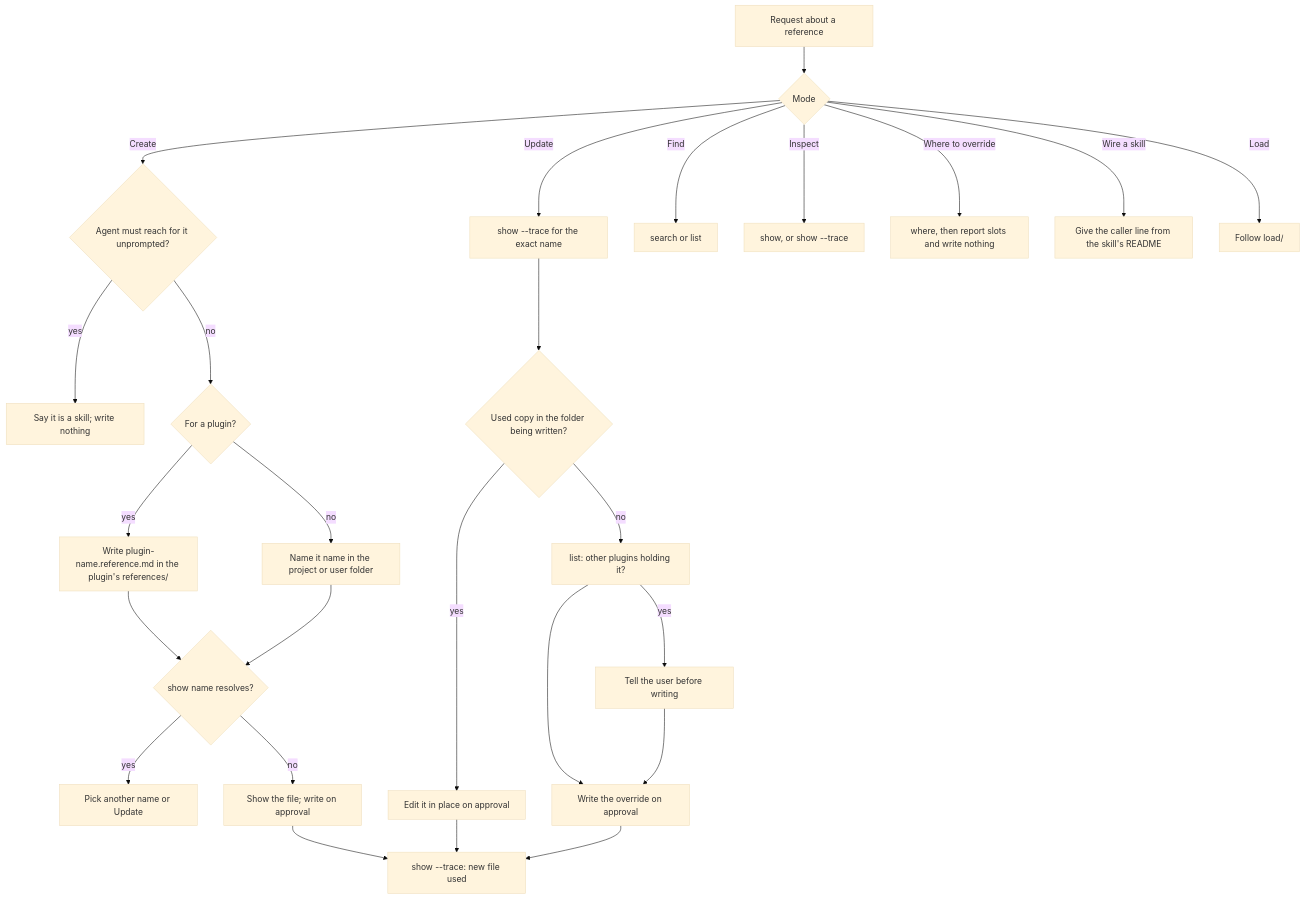
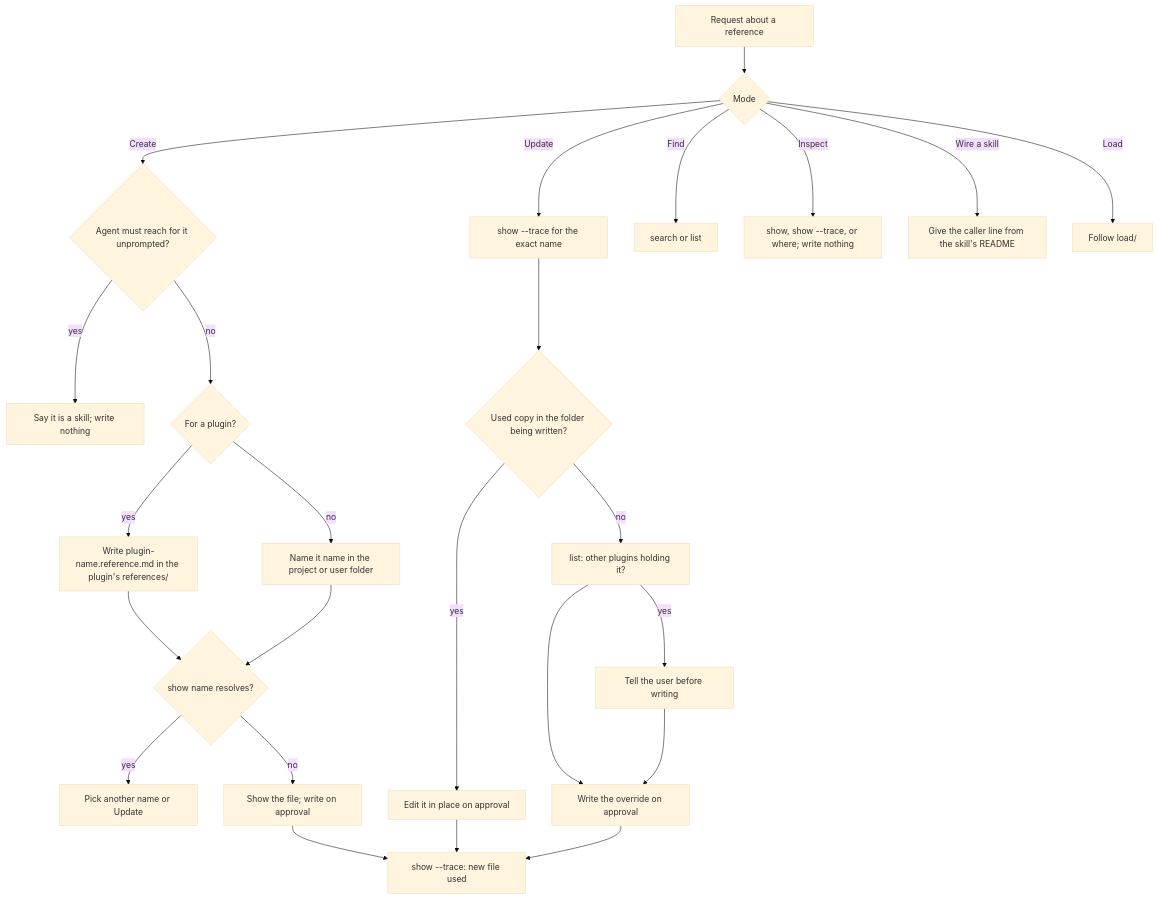
Before and after one commit to repobuddy/buddy-agent-harness: the diagram in packages/buddy-agent-harness/.agents/spec/skills/reference/README.md, drawn with Mermaid (base theme). The commit also changed other lines of this file and 4 other files, not shown here.

First line of the commit message:
refactor(skills): fold Where to override into the reference skill's Inspect mode

````diff
--- a/packages/buddy-agent-harness/.agents/spec/skills/reference/README.md
+++ b/packages/buddy-agent-harness/.agents/spec/skills/reference/README.md
@@ -92,28 +92,27 @@
 ```mermaid
 flowchart TD
   A[Request about a reference] --> B{Mode}
   B -->|Create| C{Agent must reach for it unprompted?}
   C -->|yes| C1[Say it is a skill; write nothing]
   C -->|no| D{For a plugin?}
   D -->|yes| E[Write plugin-name.reference.md in the plugin's references/]
   D -->|no| F[Name it name in the project or user folder]
   E --> G{show name resolves?}
   F --> G
   G -->|yes| G1[Pick another name or Update]
   G -->|no| H[Show the file; write on approval]
   H --> I[show --trace: new file used]
   B -->|Update| J[show --trace for the exact name]
   J --> J1{Used copy in the folder being written?}
   J1 -->|yes| J2[Edit it in place on approval]
   J2 --> I
   J1 -->|no| K[list: other plugins holding it?]
   K -->|yes| K1[Tell the user before writing]
   K --> L[Write the override on approval]
   K1 --> L
   L --> I
   B -->|Find| M[search or list]
-  B -->|Inspect| N[show, or show --trace]
-  B -->|Where to override| N2[where, then report slots and write nothing]
+  B -->|Inspect| N[show, show --trace, or where; write nothing]
   B -->|Wire a skill| O[Give the caller line from the skill's README]
   B -->|Load| P[Follow load/]
 ```
````
